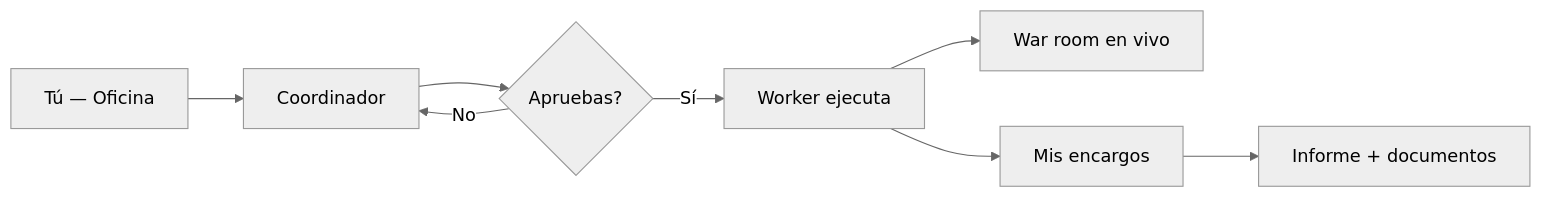
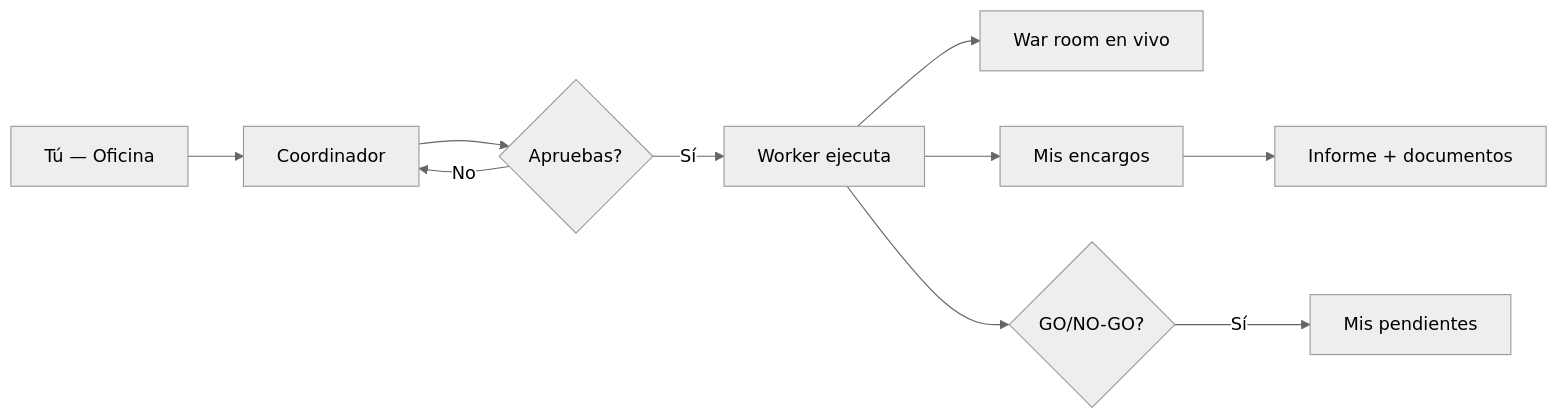
The first of 2 diagrams in frontend/src/content/help/guia-oficina.md (kreodevs/ia-company), drawn with Mermaid (neutral theme) before and after one commit. The commit also changed other lines of this file and 26 other files, not shown here.

````diff
--- a/frontend/src/content/help/guia-oficina.md
+++ b/frontend/src/content/help/guia-oficina.md
@@ -23,10 +27,12 @@
 ```mermaid
 flowchart LR
   A[Tú — Oficina] --> B[Coordinador]
   B --> C{Apruebas?}
   C -->|Sí| D[Worker ejecuta]
   C -->|No| B
   D --> E[War room en vivo]
   D --> F[Mis encargos]
   F --> G[Informe + documentos]
+  D --> H{GO/NO-GO?}
+  H -->|Sí| I[Mis pendientes]
 ```
````
